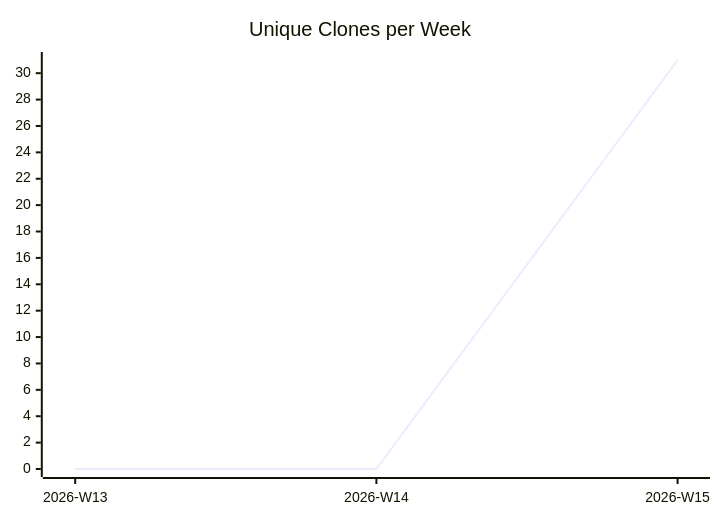
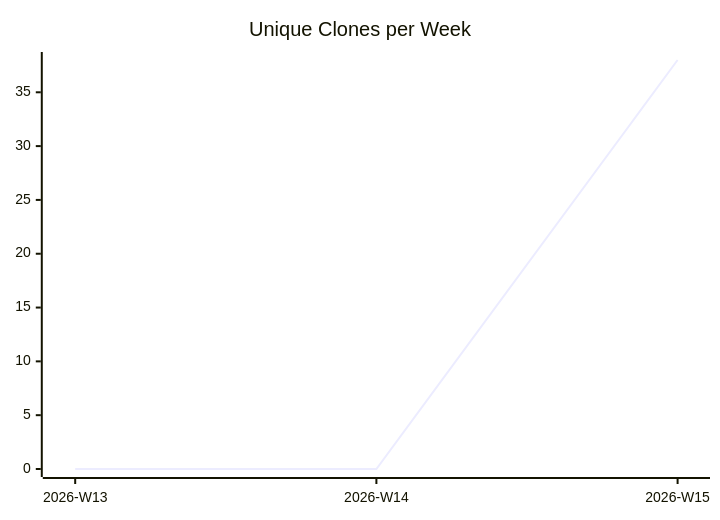
Before and after one commit to justdavis-family/github-analytics-data: the third of 3 diagrams in justdavis-family/github-analytics-data/README.md, drawn with Mermaid. The commit also changed other lines of this file and 191 other files, not shown here.

````diff
--- a/justdavis-family/github-analytics-data/README.md
+++ b/justdavis-family/github-analytics-data/README.md
@@ -19,6 +19,6 @@
 ```mermaid
 xychart-beta
   title "Unique Clones per Week"
   x-axis ["2026-W13", "2026-W14", "2026-W15"]
-  line [0, 0, 31]
+  line [0, 0, 38]
 ```
````
